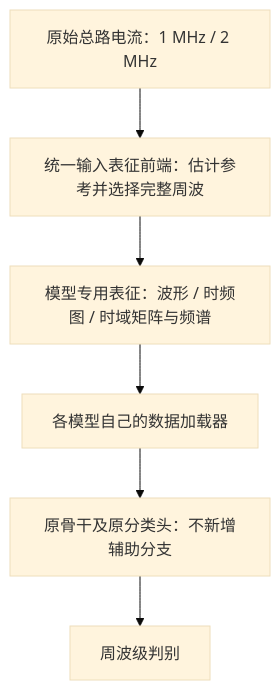
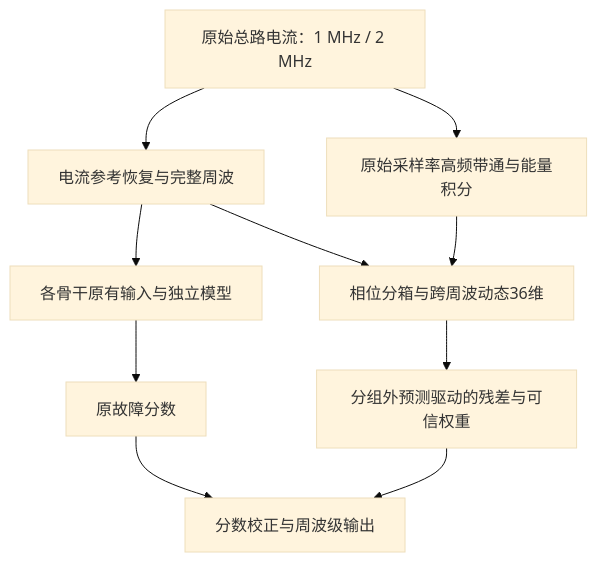
The diagram in README.md (2020hao/ARC_YsqPLL), drawn with Mermaid (base theme) before and after one commit. The commit also changed other lines of this file and 12 other files, not shown here.

````diff
--- a/README.md
+++ b/README.md
@@ -61,8 +66,12 @@
 ```mermaid
 flowchart TD
-    A["原始总路电流：1 MHz / 2 MHz"] --> B["统一输入表征前端：估计参考并选择完整周波"]
-    B --> C["模型专用表征：波形 / 时频图 / 时域矩阵与频谱"]
-    C --> D["各模型自己的数据加载器"]
-    D --> E["原骨干及原分类头：不新增辅助分支"]
-    E --> F["周波级判别"]
+    A["原始总路电流：1 MHz / 2 MHz"] --> B["电流参考恢复与完整周波"]
+    B --> C["各骨干原有输入与独立模型"]
+    C --> D["原故障分数"]
+    A --> E["原始采样率高频带通与能量积分"]
+    B --> F["相位分箱与跨周波动态36维"]
+    E --> F
+    F --> G["分组外预测驱动的残差与可信权重"]
+    D --> H["分数校正与周波级输出"]
+    G --> H
 ```
````
